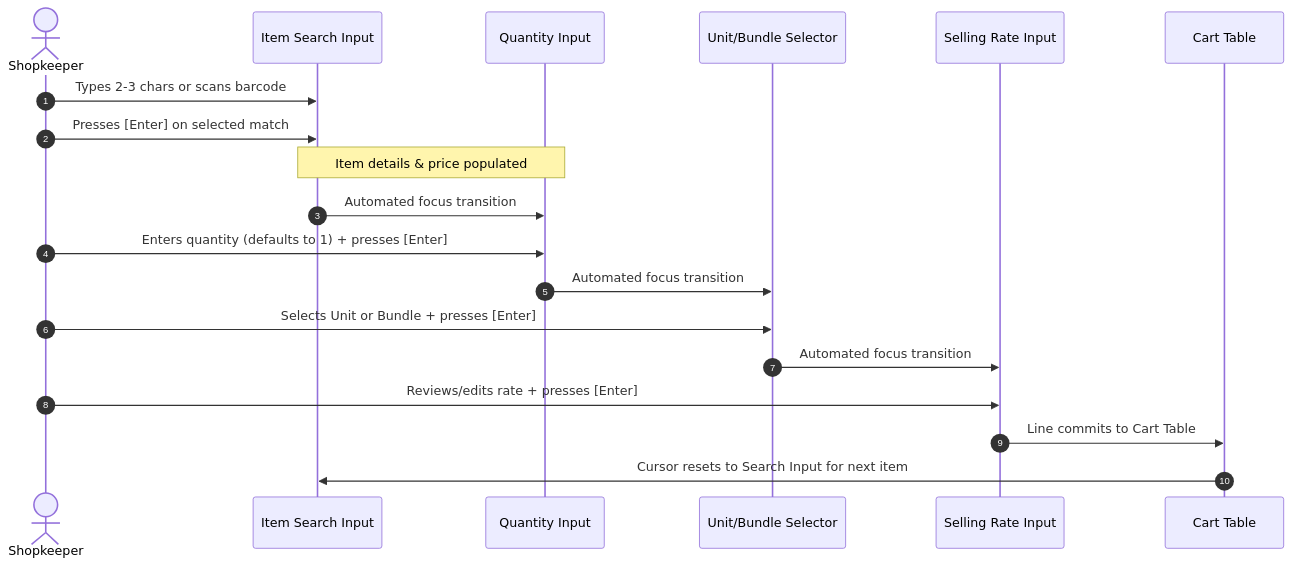
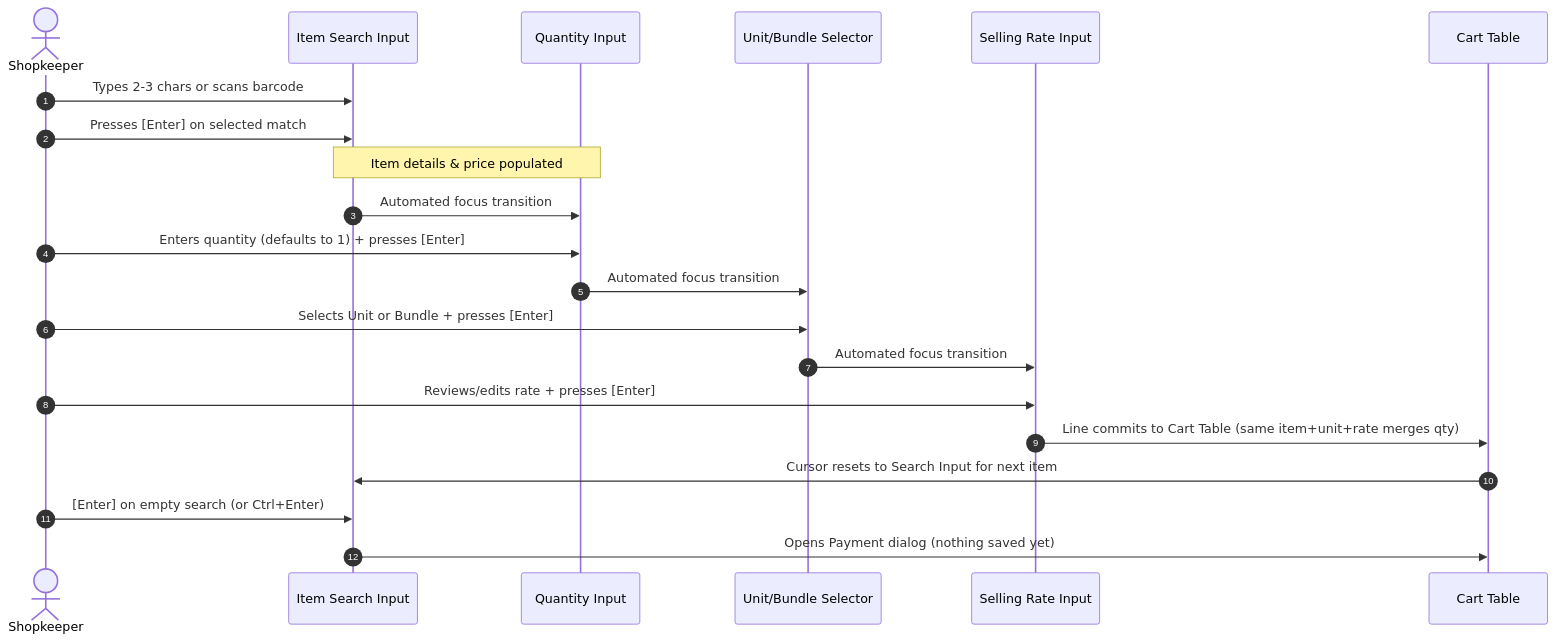
Before and after one commit to thebiz98/book_keeper: the first of 2 diagrams in docs/book_keeper_UI_LLD.md, drawn with Mermaid. The commit also changed other lines of this file and 7 other files, not shown here.

````diff
--- a/docs/book_keeper_UI_LLD.md
+++ b/docs/book_keeper_UI_LLD.md
@@ -152,22 +157,24 @@
 ```mermaid
 sequenceDiagram
     autonumber
     actor User as Shopkeeper
     participant Search as Item Search Input
     participant Qty as Quantity Input
     participant Bundle as Unit/Bundle Selector
     participant Rate as Selling Rate Input
     participant Cart as Cart Table
 
     User->>Search: Types 2-3 chars or scans barcode
     User->>Search: Presses [Enter] on selected match
     Note over Search,Qty: Item details & price populated
     Search->>Qty: Automated focus transition
     User->>Qty: Enters quantity (defaults to 1) + presses [Enter]
     Qty->>Bundle: Automated focus transition
     User->>Bundle: Selects Unit or Bundle + presses [Enter]
     Bundle->>Rate: Automated focus transition
     User->>Rate: Reviews/edits rate + presses [Enter]
-    Rate->>Cart: Line commits to Cart Table
+    Rate->>Cart: Line commits to Cart Table (same item+unit+rate merges qty)
     Cart->>Search: Cursor resets to Search Input for next item
+    User->>Search: [Enter] on empty search (or Ctrl+Enter)
+    Search->>Cart: Opens Payment dialog (nothing saved yet)
 ```
````
